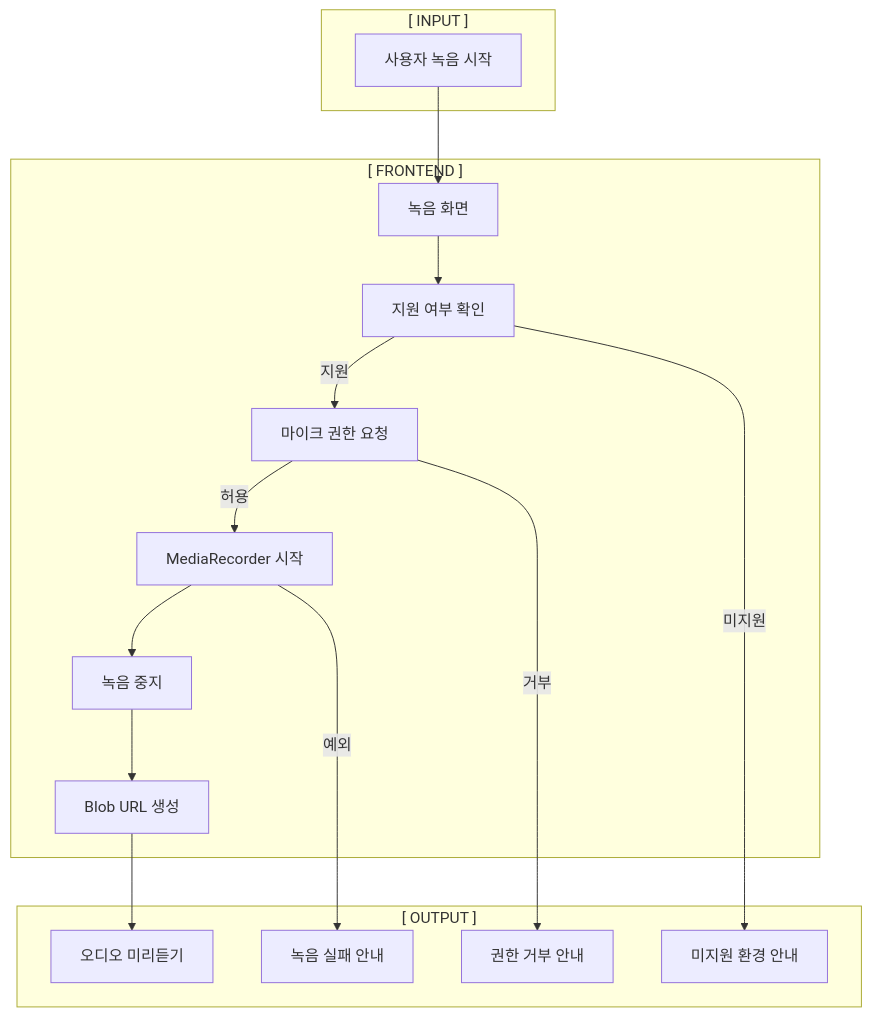
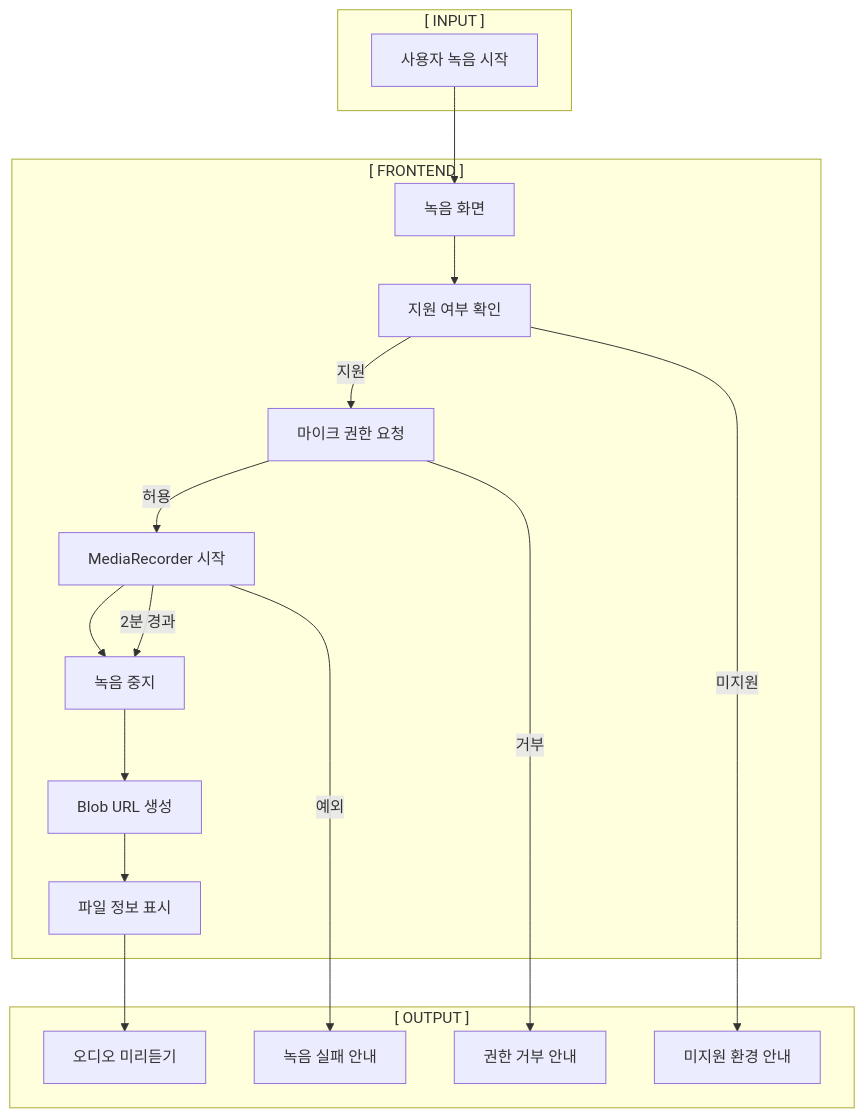
The diagram in docs/s01-microphone-recording-request-spec.md (dev-baek/voice-workout-log), drawn with Mermaid before and after one commit. The commit also changed other lines of this file and 6 other files, not shown here.

````diff
--- a/docs/s01-microphone-recording-request-spec.md
+++ b/docs/s01-microphone-recording-request-spec.md
@@ -32,33 +33,36 @@
 ```mermaid
 graph TD
     subgraph INPUT ["[ INPUT ]"]
         A["사용자 녹음 시작"]
     end
 
     subgraph FRONTEND ["[ FRONTEND ]"]
         B["녹음 화면"]
         C["지원 여부 확인"]
         D["마이크 권한 요청"]
         E["MediaRecorder 시작"]
         F["녹음 중지"]
         G["Blob URL 생성"]
+        L["파일 정보 표시"]
     end
 
     subgraph OUTPUT ["[ OUTPUT ]"]
         H["오디오 미리듣기"]
         I["권한 거부 안내"]
         J["미지원 환경 안내"]
         K["녹음 실패 안내"]
     end
 
     A --> B
     B --> C
     C -->|"지원"| D
     C -->|"미지원"| J
     D -->|"허용"| E
     D -->|"거부"| I
     E --> F
+    E -->|"2분 경과"| F
     F --> G
-    G --> H
+    G --> L
+    L --> H
     E -->|"예외"| K
 ```
````
